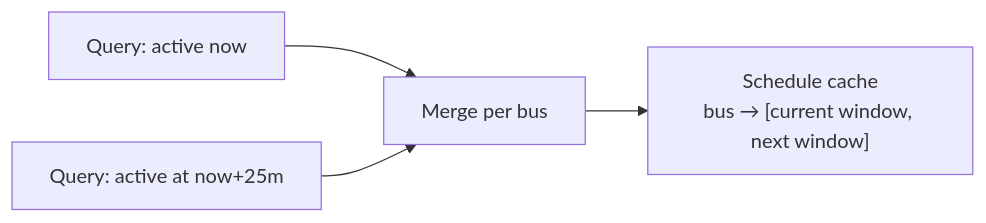
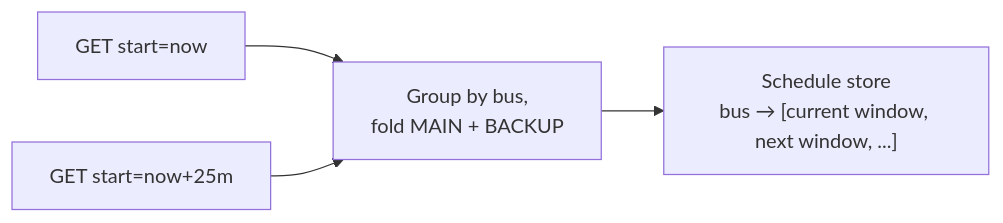
One commit to thetherington/routebeat changed the third of 8 diagrams in README.md. Above: the diagram before and after it, drawn with Mermaid. The commit also changed other lines of this file and 38 other files, not shown here.

First line of the commit message:
WIP: events API schedule source with a unified schedule store

````diff
--- a/README.md
+++ b/README.md
@@ -254,6 +254,6 @@
 ```mermaid
 flowchart LR
-    Q1["Query: active now"] --> M["Merge per bus"]
-    Q2["Query: active at now+25m"] --> M
-    M --> C["Schedule cache<br/>bus → [current window, next window]"]
+    Q1["GET start=now"] --> M["Group by bus,<br/>fold MAIN + BACKUP"]
+    Q2["GET start=now+25m"] --> M
+    M --> C["Schedule store<br/>bus → [current window, next window, ...]"]
 ```
````
